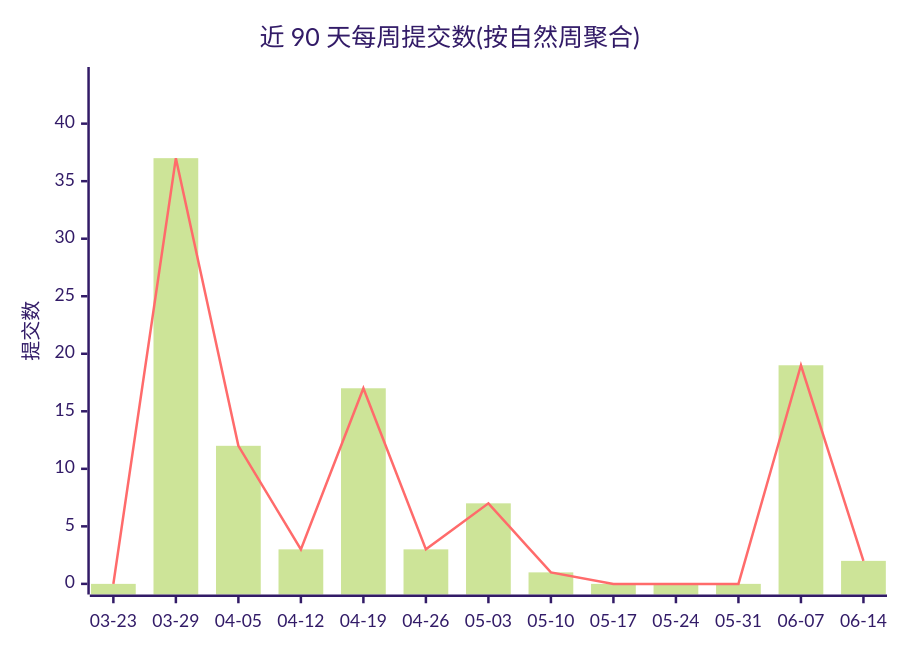
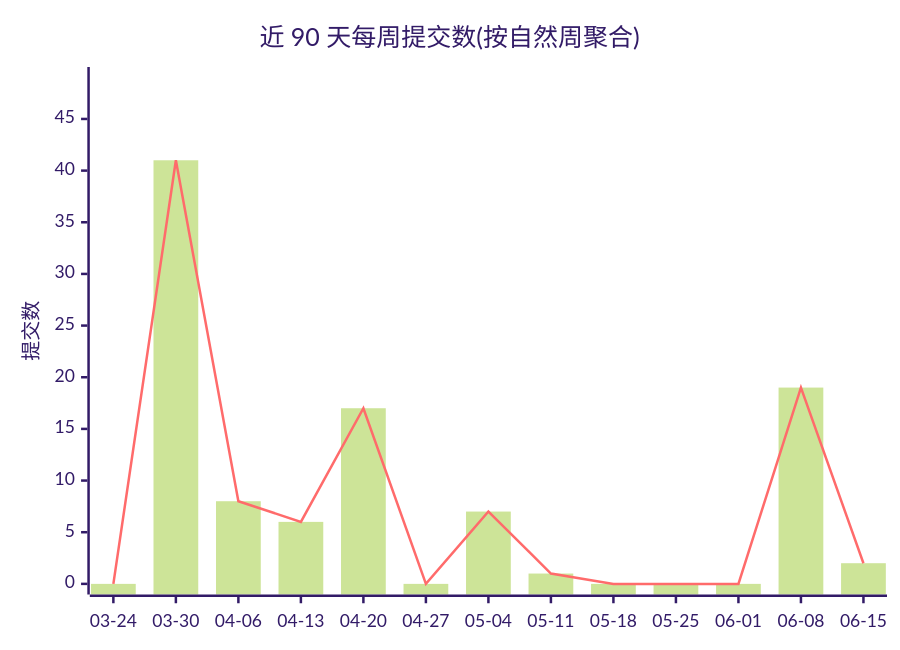
Before and after one commit to Conflux-Union/.github: the first of 2 diagrams in profile/README.md, drawn with Mermaid (forest theme). The commit also changed other lines of this file and 1 other file, not shown here.

````diff
--- a/profile/README.md
+++ b/profile/README.md
@@ -44,8 +44,8 @@
 ```mermaid
 xychart-beta
     title "近 90 天每周提交数(按自然周聚合)"
-    x-axis ["03-23", "03-29", "04-05", "04-12", "04-19", "04-26", "05-03", "05-10", "05-17", "05-24", "05-31", "06-07", "06-14"]
-    y-axis "提交数" 0 --> 44
-    bar [0, 37, 12, 3, 17, 3, 7, 1, 0, 0, 0, 19, 2]
-    line [0, 37, 12, 3, 17, 3, 7, 1, 0, 0, 0, 19, 2]
+    x-axis ["03-24", "03-30", "04-06", "04-13", "04-20", "04-27", "05-04", "05-11", "05-18", "05-25", "06-01", "06-08", "06-15"]
+    y-axis "提交数" 0 --> 49
+    bar [0, 41, 8, 6, 17, 0, 7, 1, 0, 0, 0, 19, 2]
+    line [0, 41, 8, 6, 17, 0, 7, 1, 0, 0, 0, 19, 2]
 ```
````
